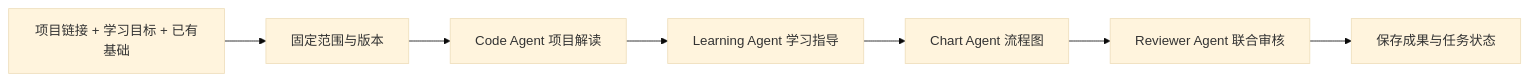
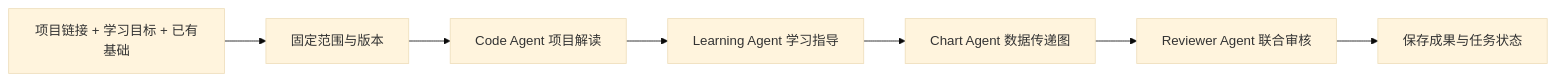
The diagram in README.md (Jasmine210220/agentos-learning-assistant), drawn with Mermaid (base theme) before and after one commit. The commit also changed other lines of this file and 28 other files, not shown here.

````diff
--- a/README.md
+++ b/README.md
@@ -63,9 +63,9 @@
 ```mermaid
 flowchart LR
     U[项目链接 + 学习目标 + 已有基础] --> S[固定范围与版本]
     S --> C[Code Agent 项目解读]
     C --> L[Learning Agent 学习指导]
-    L --> D[Chart Agent 流程图]
+    L --> D[Chart Agent 数据传递图]
     D --> R[Reviewer Agent 联合审核]
     R --> A[保存成果与任务状态]
 ```
````
